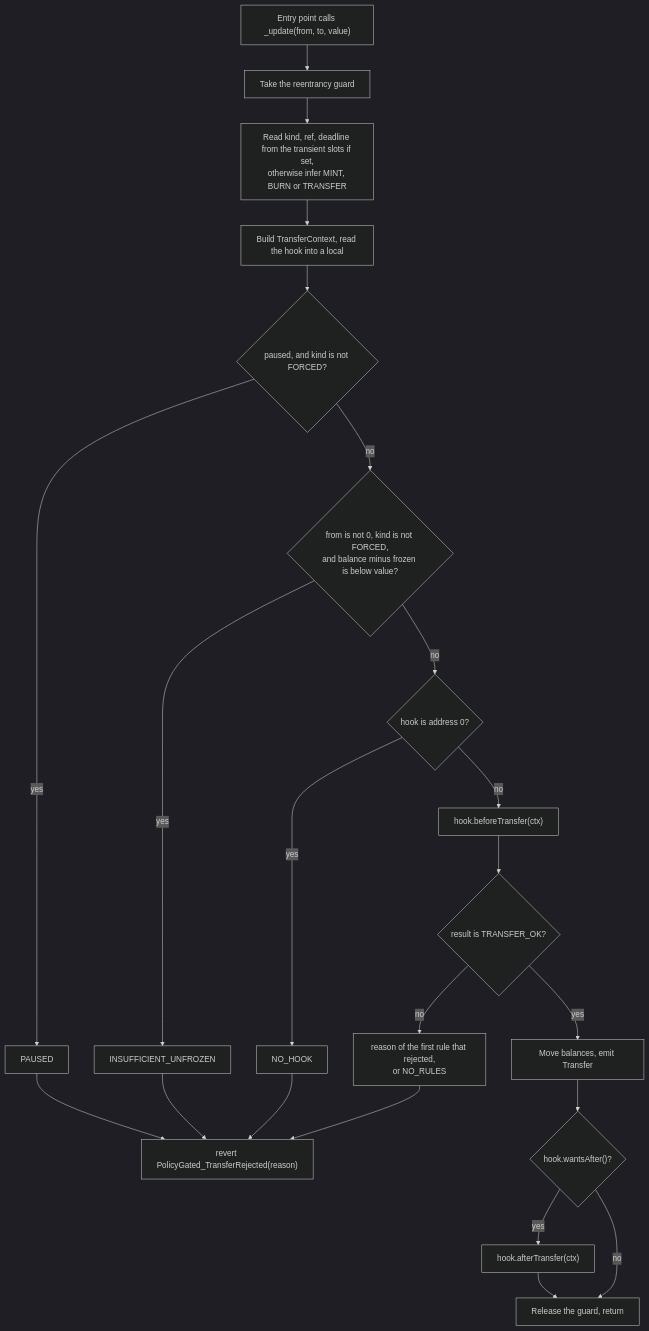
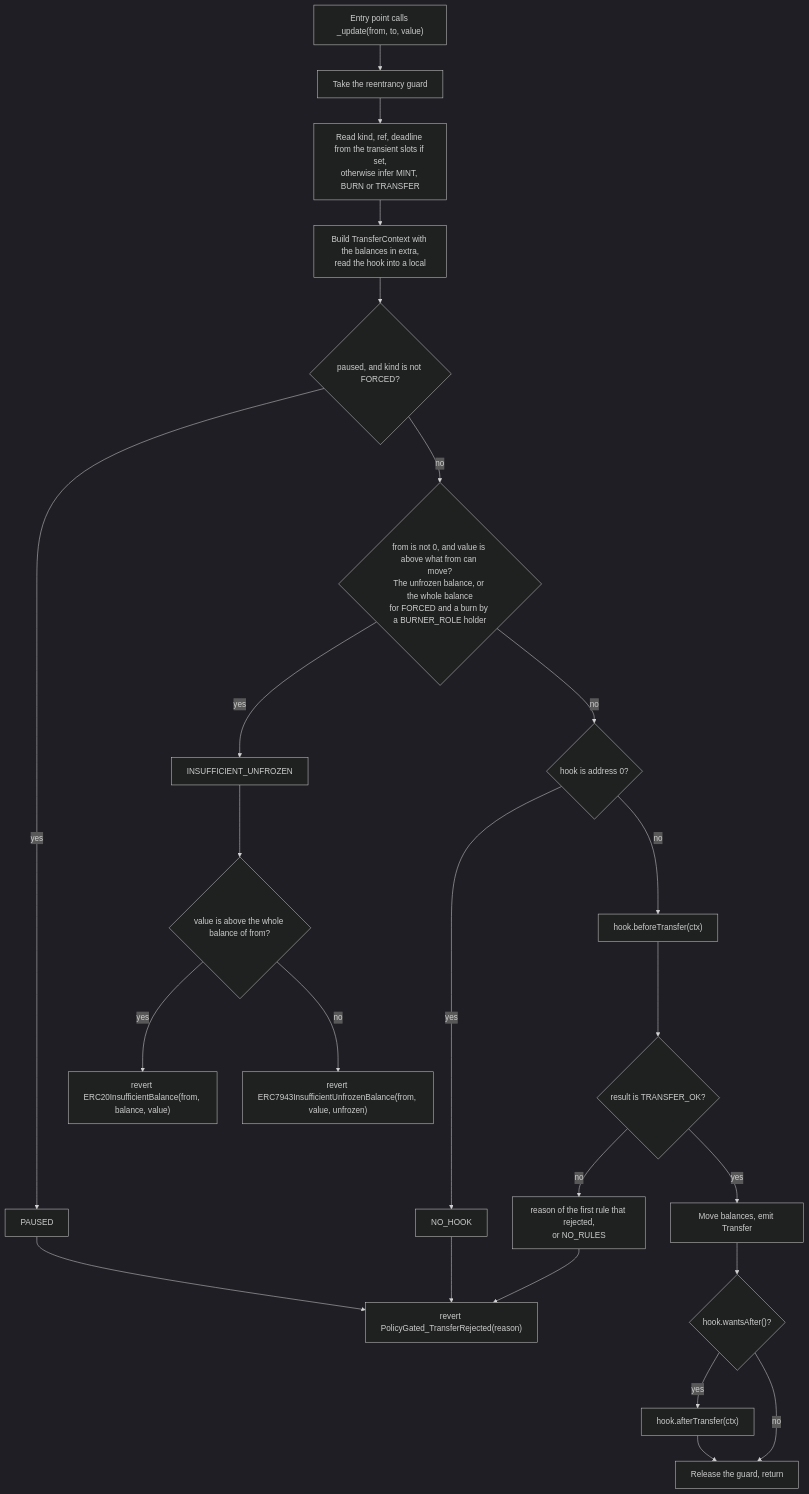
The diagram in docs/transfer-checks.md (fepvenancio/rwa-token), drawn with Mermaid (dark theme) before and after one commit. The commit also changed other lines of this file and 116 other files, not shown here.

````diff
--- a/docs/transfer-checks.md
+++ b/docs/transfer-checks.md
@@ -44,24 +46,26 @@
 ```mermaid
 flowchart TD
   A["Entry point calls _update(from, to, value)"] --> B["Take the reentrancy guard"]
   B --> C["Read kind, ref, deadline from the transient slots if set,<br/>otherwise infer MINT, BURN or TRANSFER"]
-  C --> D["Build TransferContext, read the hook into a local"]
+  C --> D["Build TransferContext with the balances in extra,<br/>read the hook into a local"]
   D --> E{"paused, and kind is not FORCED?"}
   E -->|yes| R1["PAUSED"]
-  E -->|no| F{"from is not 0, kind is not FORCED,<br/>and balance minus frozen is below value?"}
+  E -->|no| F{"from is not 0, and value is above what from can move?<br/>The unfrozen balance, or the whole balance<br/>for FORCED and a burn by a BURNER_ROLE holder"}
   F -->|yes| R2["INSUFFICIENT_UNFROZEN"]
   F -->|no| G{"hook is address 0?"}
   G -->|yes| R3["NO_HOOK"]
   G -->|no| H["hook.beforeTransfer(ctx)"]
   H --> I{"result is TRANSFER_OK?"}
   I -->|no| R4["reason of the first rule that rejected,<br/>or NO_RULES"]
   I -->|yes| J["Move balances, emit Transfer"]
   J --> K{"hook.wantsAfter()?"}
   K -->|yes| L["hook.afterTransfer(ctx)"]
   K -->|no| M["Release the guard, return"]
   L --> M
   R1 --> X["revert PolicyGated_TransferRejected(reason)"]
-  R2 --> X
+  R2 --> S{"value is above the whole balance of from?"}
+  S -->|yes| X3["revert ERC20InsufficientBalance(from, balance, value)"]
+  S -->|no| X2["revert ERC7943InsufficientUnfrozenBalance(from, value, unfrozen)"]
   R3 --> X
   R4 --> X
 ```
````
